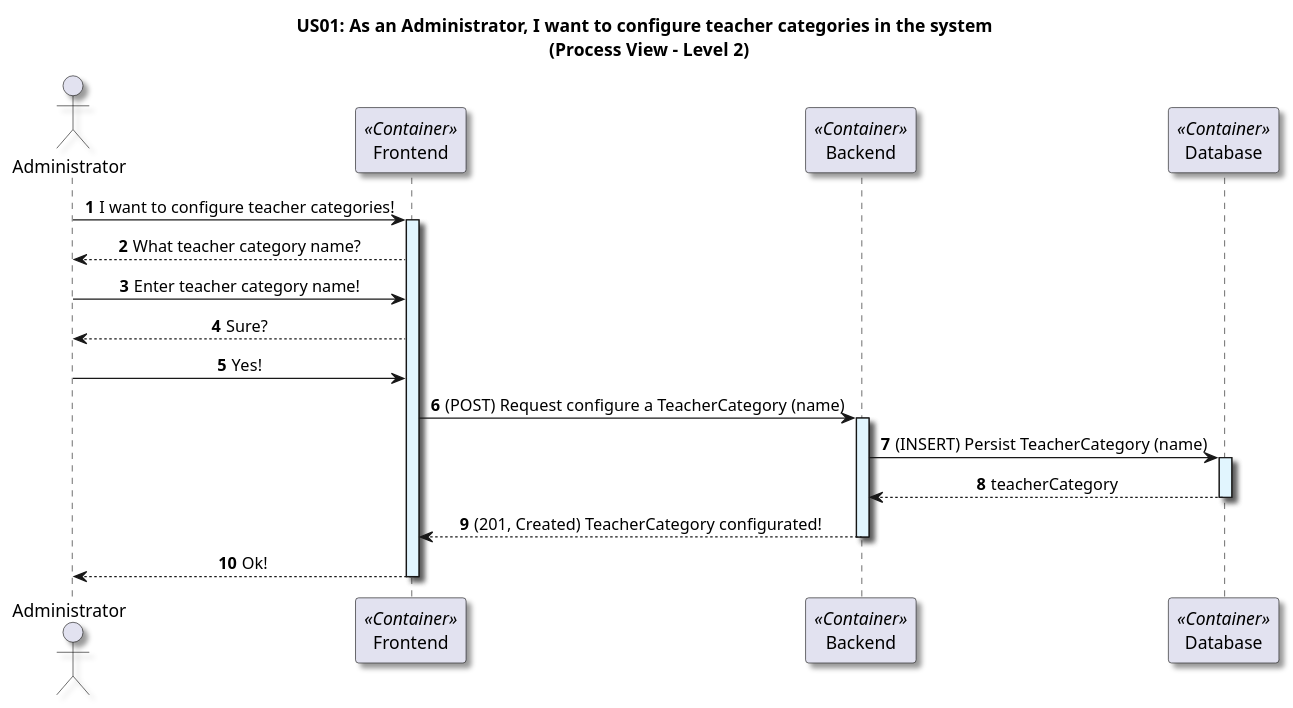
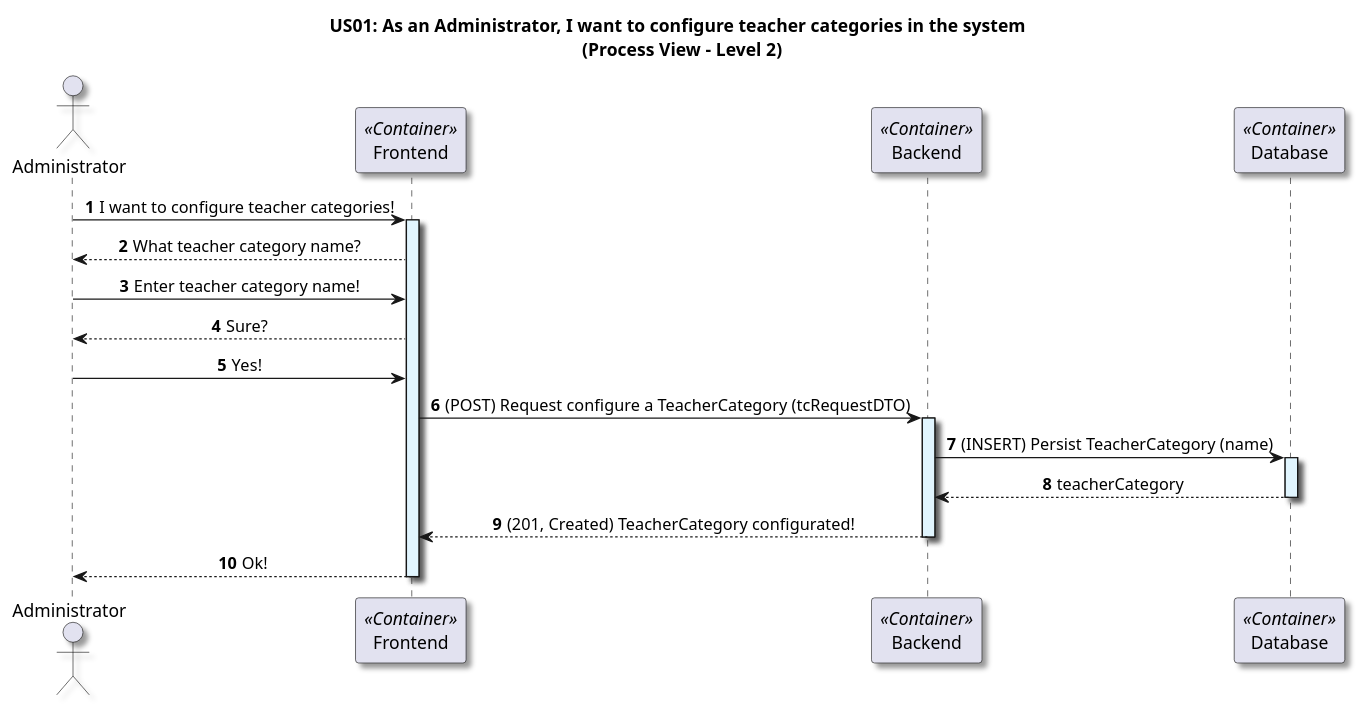
Before and after one commit to GasparISEP/DevOps-PAI: the diagram in docs/US01/Sprint6_RestAPI/ProcessView/Level2.puml, drawn with PlantUML. The commit also changed 1 other file, not shown here.

Commit message:
refactor (diagram): Update process view diagrams at level 2 and 3 with minor adjustments (#532, #541)

```diff
--- a/docs/US01/Sprint6_RestAPI/ProcessView/Level2.puml
+++ b/docs/US01/Sprint6_RestAPI/ProcessView/Level2.puml
@@ -1,43 +1,43 @@
 @startuml
 
 title US01: As an Administrator, I want to configure teacher categories in the system \n (Process View - Level 2)
 
 skinparam componentStyle component
 skinparam defaultTextAlignment center
 skinparam shadowing true
 
 autonumber
 
 actor Administrator as admin
 
 participant "Frontend" as frontend <<Container>>
 participant "Backend" as backend <<Container>>
 participant "Database" as db <<Container>>
 
 admin -> frontend: I want to configure teacher categories!
 activate frontend #E1F5FE
 
 frontend --> admin: What teacher category name?
 
 admin -> frontend: Enter teacher category name!
 
 frontend --> admin: Sure?
 
 admin -> frontend: Yes!
 
-frontend -> backend: (POST) Request configure a TeacherCategory (name)
+frontend -> backend: (POST) Request configure a TeacherCategory (tcRequestDTO)
 activate backend #E1F5FE
 
 backend -> db: (INSERT) Persist TeacherCategory (name)
 activate db #E1F5FE
 
 db --> backend: teacherCategory
 deactivate db
 
 backend --> frontend: (201, Created) TeacherCategory configurated!
 deactivate backend
 
 frontend --> admin: Ok!
 deactivate frontend
 
 @enduml
```
